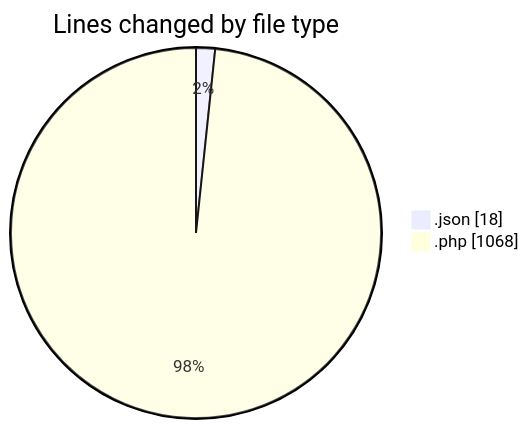
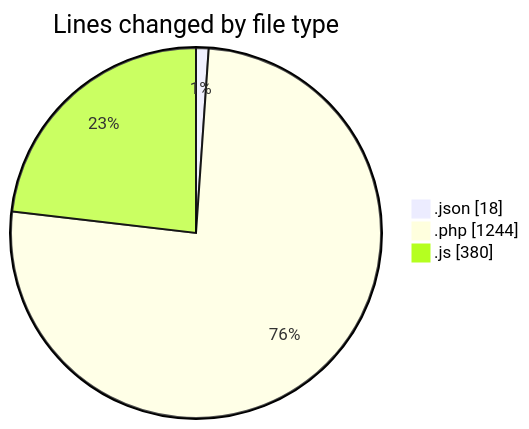
The first of 2 diagrams in 2025-09-26/untitled__workspace_/README.md (debugP/code-tracking), drawn with Mermaid before and after one commit. The commit also changed other lines of this file and 1 other file, not shown here.

````diff
--- a/2025-09-26/untitled__workspace_/README.md
+++ b/2025-09-26/untitled__workspace_/README.md
@@ -22,6 +24,7 @@
 ```mermaid
 pie showData
 title Lines changed by file type
 ".json" : 18
-".php" : 1068
+".php" : 1244
+".js" : 380
 ```
````
